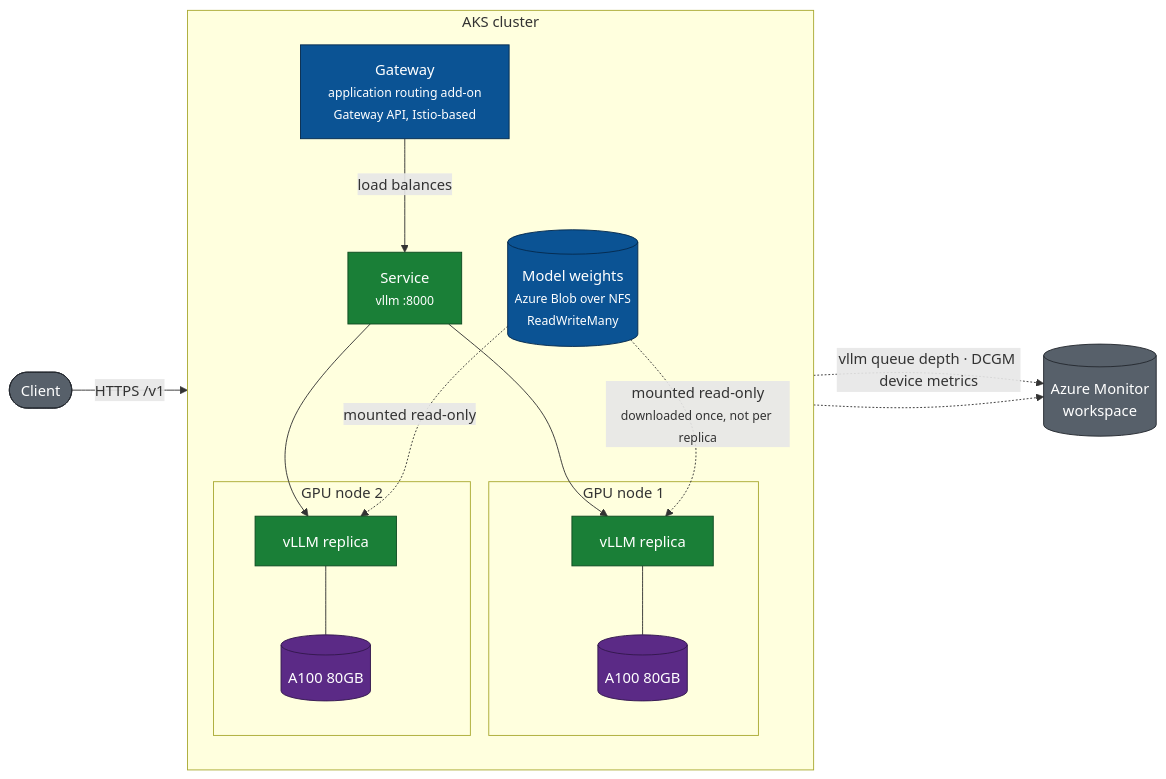
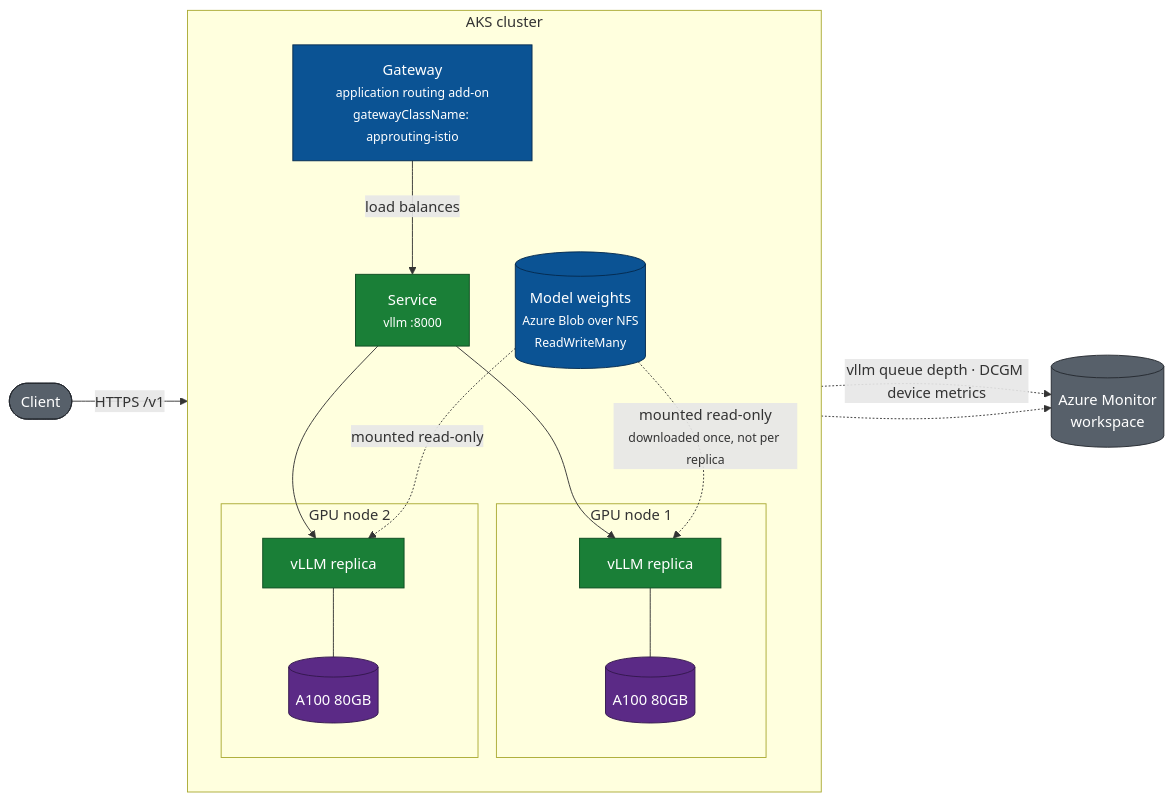
The diagram in README.md (ganeshkumarashok/aks-gpu-lab), drawn with Mermaid before and after one commit. The commit also changed other lines of this file and 6 other files, not shown here.

````diff
--- a/README.md
+++ b/README.md
@@ -11,43 +11,43 @@
 ```mermaid
 flowchart LR
     client(["Client"])
 
     subgraph aks["AKS cluster"]
         direction TB
-        gw["Gateway<br><small>application routing add-on<br>Gateway API, Istio-based</small>"]
+        gw["Gateway<br><small>application routing add-on<br>gatewayClassName: approuting-istio</small>"]
         svc["Service<br><small>vllm :8000</small>"]
 
         subgraph n1["GPU node 1"]
             v1["vLLM replica"]
             g1[("A100 80GB")]
         end
         subgraph n2["GPU node 2"]
             v2["vLLM replica"]
             g2[("A100 80GB")]
         end
 
         pvc[("Model weights<br><small>Azure Blob over NFS<br>ReadWriteMany</small>")]
     end
 
     amw[("Azure Monitor<br>workspace")]
 
     client -->|"HTTPS /v1"| gw
     gw -->|"load balances"| svc
     svc --> v1
     svc --> v2
     v1 --- g1
     v2 --- g2
     pvc -.->|"mounted read-only<br><small>downloaded once, not per replica</small>"| v1
     pvc -.->|"mounted read-only"| v2
     v1 -.->|"vllm queue depth · DCGM device metrics"| amw
     v2 -.-> amw
 
     classDef managed fill:#0b5394,stroke:#052a4e,color:#fff
     classDef workload fill:#1a7f37,stroke:#0d4a20,color:#fff
     classDef hw fill:#5b2a86,stroke:#33174d,color:#fff
     classDef ext fill:#57606a,stroke:#24292f,color:#fff
     class gw,pvc managed
     class v1,v2,svc workload
     class g1,g2 hw
     class client,amw ext
 ```
````
